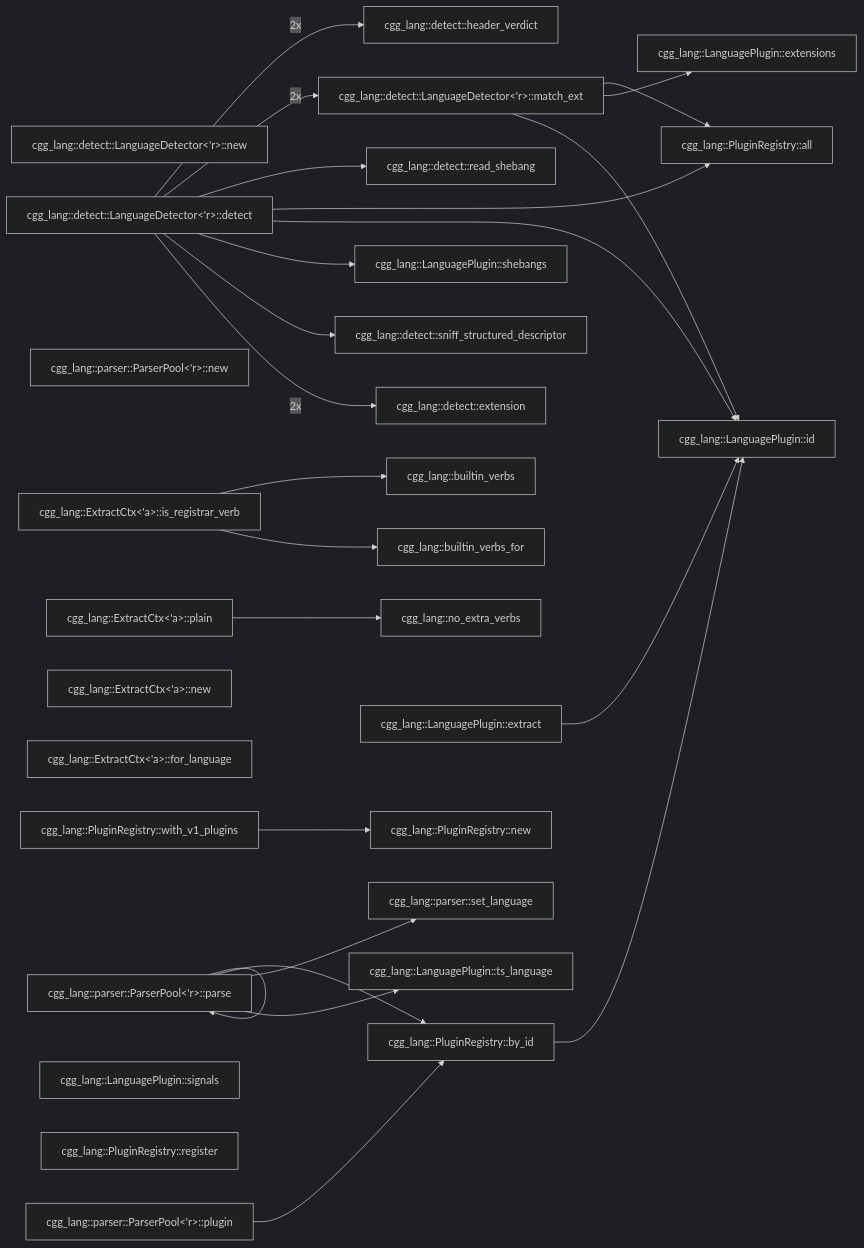
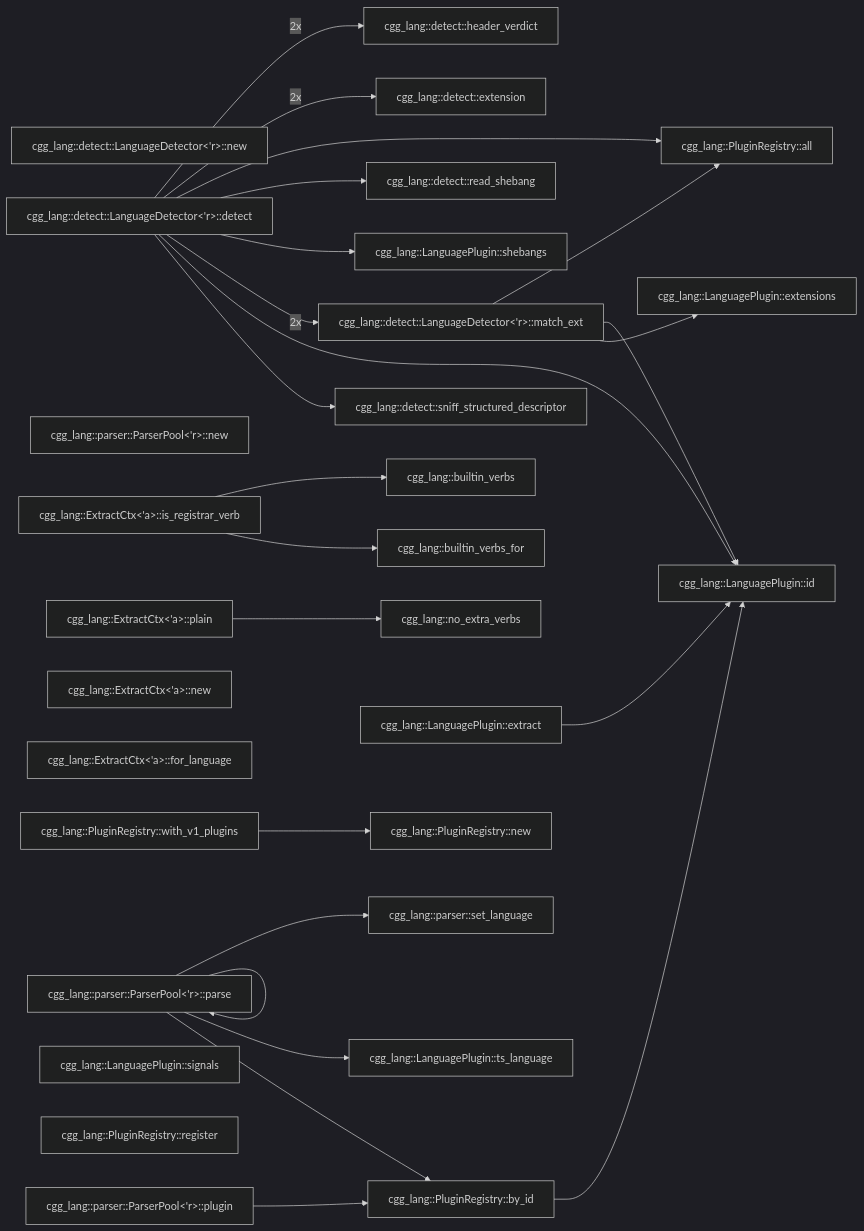
The third of 4 diagrams in README.md (NeuralNotwerk/cgg), drawn with Mermaid (dark theme) before and after one commit. The commit also changed other lines of this file and 5 other files, not shown here.

````diff
--- a/README.md
+++ b/README.md
@@ -688,54 +688,54 @@
 ```mermaid
 flowchart LR
-  C17o9pp22qiz["cgg_lang::detect::LanguageDetector<'r>::new"]
-  C14fkc4o8c6d["cgg_lang::detect::LanguageDetector<'r>::detect"]
-  C133fmgqa0ig["cgg_lang::detect::LanguageDetector<'r>::match_ext"]
-  Cyk5n6gky4p["cgg_lang::detect::extension"]
-  Cs3w4t2zzda["cgg_lang::detect::sniff_structured_descriptor"]
-  C4ra9dqqcsj["cgg_lang::detect::read_shebang"]
-  C109i0ymo2bt["cgg_lang::detect::header_verdict"]
-  Cak5velg3wv["cgg_lang::parser::ParserPool<'r>::new"]
-  Cj6zpvcbt6p["cgg_lang::parser::ParserPool<'r>::parse"]
-  Ctjvv5ons8i["cgg_lang::parser::ParserPool<'r>::plugin"]
-  C6hax050sg0["cgg_lang::parser::set_language"]
-  C9i276bxo3n["cgg_lang::builtin_verbs"]
-  Chpw3r2gts9["cgg_lang::builtin_verbs_for"]
-  C30gzof7bc0["cgg_lang::no_extra_verbs"]
-  Cw0jatt8a82["cgg_lang::ExtractCtx<'a>::new"]
-  Co7i2la9csu["cgg_lang::ExtractCtx<'a>::for_language"]
-  C9cyfic4q7s["cgg_lang::ExtractCtx<'a>::plain"]
-  Ccpyfq2jkpd["cgg_lang::ExtractCtx<'a>::is_registrar_verb"]
-  Cr6qlg7sre4["cgg_lang::LanguagePlugin::id"]
-  Cpwl90qfu9f["cgg_lang::LanguagePlugin::extensions"]
-  Cs3ropm27dg["cgg_lang::LanguagePlugin::shebangs"]
-  Cwizekxteri["cgg_lang::LanguagePlugin::signals"]
-  Ci8pmp2tu5w["cgg_lang::LanguagePlugin::ts_language"]
-  C11riegp64ff["cgg_lang::LanguagePlugin::extract"]
-  C11d8fa2r1kn["cgg_lang::PluginRegistry::new"]
-  Cad4eijvm3n["cgg_lang::PluginRegistry::register"]
-  Cn0f1wnqwey["cgg_lang::PluginRegistry::all"]
-  C57n6e1aly["cgg_lang::PluginRegistry::by_id"]
-  C12pncd15md4["cgg_lang::PluginRegistry::with_v1_plugins"]
-  C11riegp64ff --> Cr6qlg7sre4
-  C12pncd15md4 --> C11d8fa2r1kn
-  C133fmgqa0ig --> Cn0f1wnqwey
-  C133fmgqa0ig --> Cpwl90qfu9f
-  C133fmgqa0ig --> Cr6qlg7sre4
-  C14fkc4o8c6d -->|2x| C109i0ymo2bt
-  C14fkc4o8c6d -->|2x| C133fmgqa0ig
-  C14fkc4o8c6d --> C4ra9dqqcsj
-  C14fkc4o8c6d --> Cn0f1wnqwey
-  C14fkc4o8c6d --> Cr6qlg7sre4
-  C14fkc4o8c6d --> Cs3ropm27dg
-  C14fkc4o8c6d --> Cs3w4t2zzda
-  C14fkc4o8c6d -->|2x| Cyk5n6gky4p
-  C57n6e1aly --> Cr6qlg7sre4
-  C9cyfic4q7s --> C30gzof7bc0
-  Ccpyfq2jkpd --> C9i276bxo3n
-  Ccpyfq2jkpd --> Chpw3r2gts9
-  Cj6zpvcbt6p --> C57n6e1aly
-  Cj6zpvcbt6p --> C6hax050sg0
-  Cj6zpvcbt6p --> Ci8pmp2tu5w
-  Cj6zpvcbt6p --> Cj6zpvcbt6p
-  Ctjvv5ons8i --> C57n6e1aly
+  Cv36jlifpdc["cgg_lang::detect::LanguageDetector<'r>::new"]
+  Cwlml0xrogd["cgg_lang::detect::LanguageDetector<'r>::detect"]
+  C3jisdvbepi["cgg_lang::detect::LanguageDetector<'r>::match_ext"]
+  Crtritvaaoz["cgg_lang::detect::extension"]
+  C11slgkpl37n["cgg_lang::detect::sniff_structured_descriptor"]
+  Cj6vrh8l0bj["cgg_lang::detect::read_shebang"]
+  Cyfctxdszx1["cgg_lang::detect::header_verdict"]
+  C4u5g6d28yw["cgg_lang::parser::ParserPool<'r>::new"]
+  Cd3hzknuqac["cgg_lang::parser::ParserPool<'r>::parse"]
+  C12nrfh3chwm["cgg_lang::parser::ParserPool<'r>::plugin"]
+  Cjykfe75rz4["cgg_lang::parser::set_language"]
+  Ceyt8dij58u["cgg_lang::builtin_verbs"]
+  Cca8apaa9un["cgg_lang::builtin_verbs_for"]
+  Coc836k6u9k["cgg_lang::no_extra_verbs"]
+  C9la8k1m14l["cgg_lang::ExtractCtx<'a>::new"]
+  C17jx53p4lr4["cgg_lang::ExtractCtx<'a>::for_language"]
+  C11uju92cjin["cgg_lang::ExtractCtx<'a>::plain"]
+  C12weqcrmdxn["cgg_lang::ExtractCtx<'a>::is_registrar_verb"]
+  C179u8egdmpr["cgg_lang::LanguagePlugin::id"]
+  C15enwtclvz2["cgg_lang::LanguagePlugin::extensions"]
+  Cg01trff8nb["cgg_lang::LanguagePlugin::shebangs"]
+  Cabgrhhns1o["cgg_lang::LanguagePlugin::signals"]
+  C1swc0yz9r["cgg_lang::LanguagePlugin::ts_language"]
+  Cu9jiklhynn["cgg_lang::LanguagePlugin::extract"]
+  Cnf9vm2uv90["cgg_lang::PluginRegistry::new"]
+  Cwa4dulcqhs["cgg_lang::PluginRegistry::register"]
+  Col4fmqpbym["cgg_lang::PluginRegistry::all"]
+  C138p7ip77vd["cgg_lang::PluginRegistry::by_id"]
+  C12ve9tylm1r["cgg_lang::PluginRegistry::with_v1_plugins"]
+  C11uju92cjin --> Coc836k6u9k
+  C12nrfh3chwm --> C138p7ip77vd
+  C12ve9tylm1r --> Cnf9vm2uv90
+  C12weqcrmdxn --> Cca8apaa9un
+  C12weqcrmdxn --> Ceyt8dij58u
+  C138p7ip77vd --> C179u8egdmpr
+  C3jisdvbepi --> C15enwtclvz2
+  C3jisdvbepi --> C179u8egdmpr
+  C3jisdvbepi --> Col4fmqpbym
+  Cd3hzknuqac --> C138p7ip77vd
+  Cd3hzknuqac --> C1swc0yz9r
+  Cd3hzknuqac --> Cd3hzknuqac
+  Cd3hzknuqac --> Cjykfe75rz4
+  Cu9jiklhynn --> C179u8egdmpr
+  Cwlml0xrogd --> C11slgkpl37n
+  Cwlml0xrogd --> C179u8egdmpr
+  Cwlml0xrogd -->|2x| C3jisdvbepi
+  Cwlml0xrogd --> Cg01trff8nb
+  Cwlml0xrogd --> Cj6vrh8l0bj
+  Cwlml0xrogd --> Col4fmqpbym
+  Cwlml0xrogd -->|2x| Crtritvaaoz
+  Cwlml0xrogd -->|2x| Cyfctxdszx1
 ```
````
